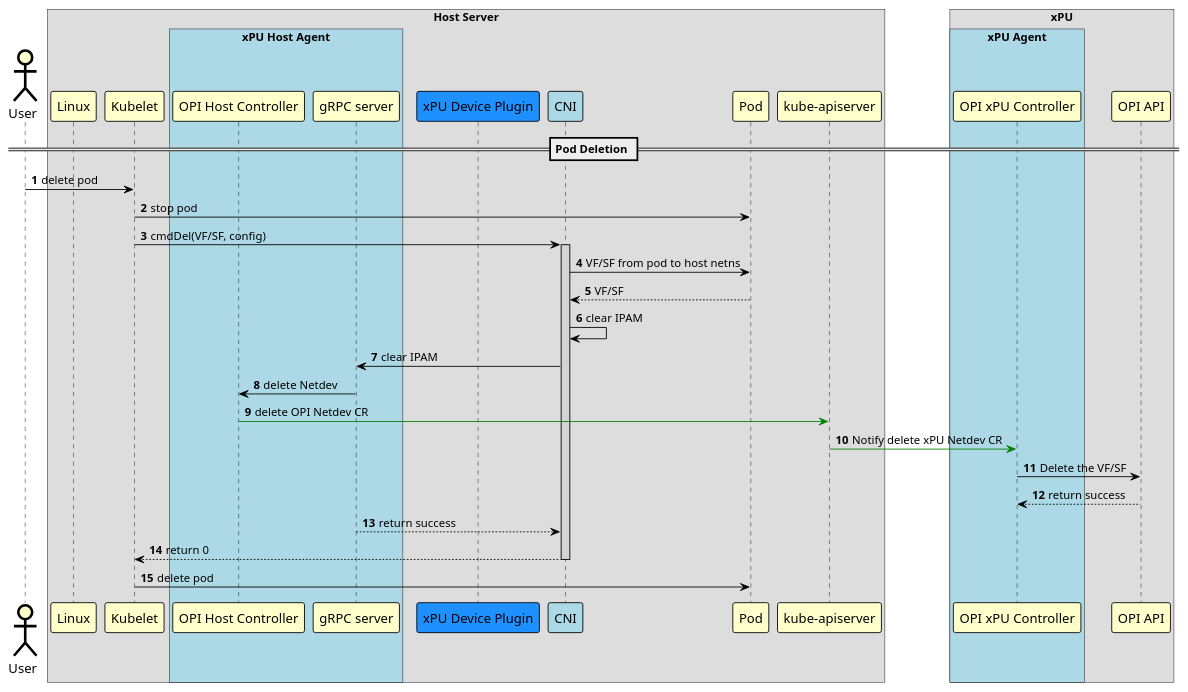
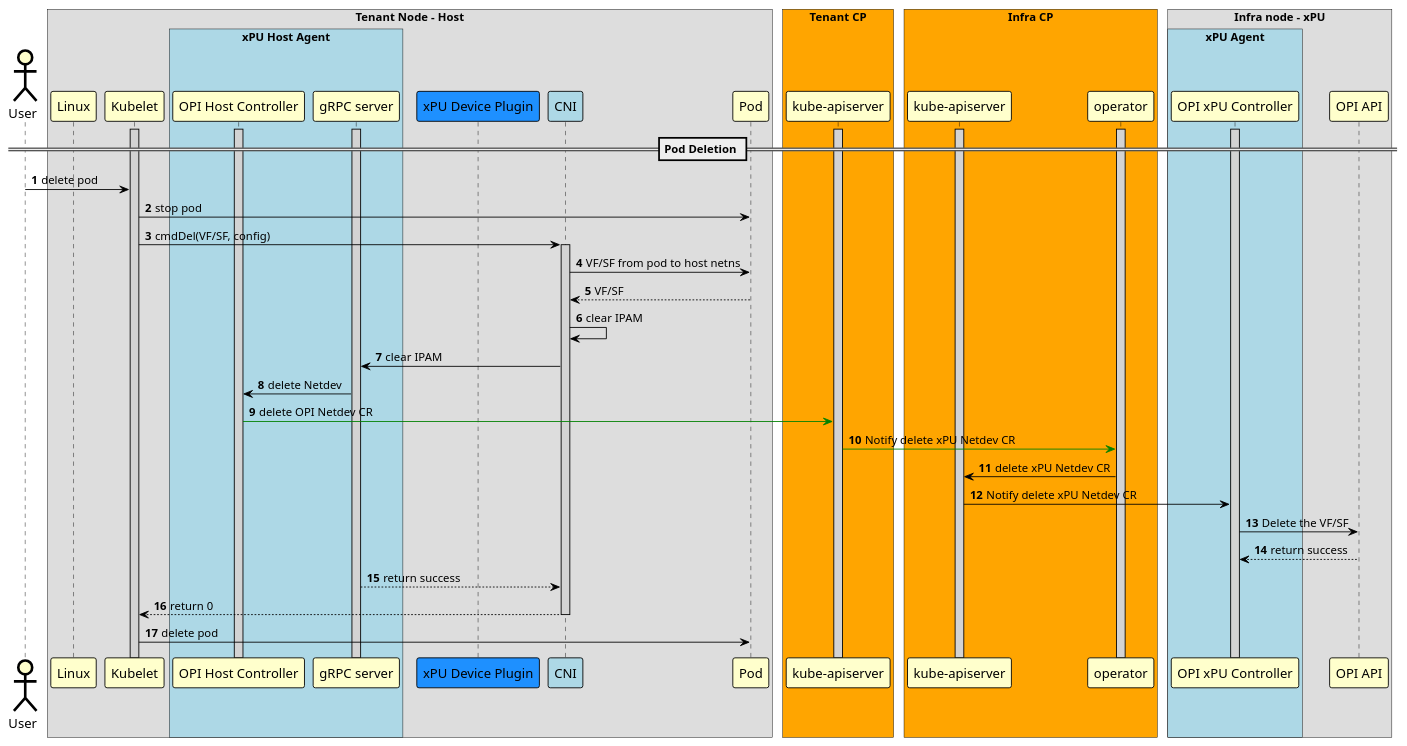
The diagram in sequence-diagrams/puml/host-provisioning-xPU-VF-pod-deletion.puml (redhat-et/ekho), drawn with PlantUML before and after one commit. The commit also changed 5 other files, not shown here.

Commit message:
host provisioning: update the sequence diagrams with operator

```diff
--- a/sequence-diagrams/puml/host-provisioning-xPU-VF-pod-deletion.puml
+++ b/sequence-diagrams/puml/host-provisioning-xPU-VF-pod-deletion.puml
@@ -1,74 +1,92 @@
 @startuml
 !pragma teoz true
 skinparam noteBorderColor Black
 skinparam noteBorderThickness 1
 skinparam noteBackgroundColor Yellow
 
 skinparam sequence {
 	BoxBorderColor Black
 	BoxFontSize 20
 
 	ArrowColor Black
 	ArrowThickness 1
 
 	ActorBorderColor Black
 	ActorBorderThickness 3
 	ActorBackgroundColor Business
 	ActorFontSize 15
 
 	ParticipantBorderColor Black
 	ParticipantBorderThickness 1
 	ParticipantBackgroundColor Business
 	ParticipantFontSize 15
 
 	LifeLineBorderColor Black
 	LifeLineBorderThickness 1
 	LifeLineBackgroundColor LightGray
 }
 
 actor "User"
-box "Host Server"
+box "Tenant Node - Host"
 	participant "Linux"
 	participant "Kubelet"
   box "xPU Host Agent" #LightBlue
          participant "OPI Host Controller"
          participant "gRPC server"
   end box
 	participant "xPU Device Plugin" #dodgerblue
 	participant "CNI" #LightBlue
 	participant "Pod"
-        participant "kube-apiserver"
 end box
 
-box "xPU"
+box "Tenant CP" #Orange
+  participant "kube-apiserver" as api1
+end box
+
+box "Infra CP" #Orange
+  participant "kube-apiserver" as api2
+  participant "operator"
+end box
+
+box "Infra node - xPU"
   box "xPU Agent" #LightBlue
 	participant "OPI xPU Controller"
   end box
   participant "OPI API"
 end box
+
+activate api1
+activate api2
+activate "Kubelet"
+activate "operator"
+activate "gRPC server"
+activate "OPI xPU Controller"
+activate "OPI Host Controller"
 
 == Pod Deletion ==
 autonumber
 
 "User" -> "Kubelet": delete pod
 "Kubelet" -> "Pod" : stop pod
 deactivate "Pod"
 "Kubelet" -> "CNI" : cmdDel(VF/SF, config)
 activate "CNI"
 "CNI" -> "Pod" : VF/SF from pod to host netns
 "Pod" --> "CNI" : VF/SF
 "CNI" -> "CNI" : clear IPAM
 "CNI" -> "gRPC server": clear IPAM
 "gRPC server" -> "OPI Host Controller": delete Netdev
-"OPI Host Controller" -[#green]> "kube-apiserver": delete OPI Netdev CR
-"kube-apiserver" -[#green]> "OPI xPU Controller": Notify delete xPU Netdev CR
+"OPI Host Controller" -[#green]> api1: delete OPI Netdev CR
+api1 -[#green]> "operator": Notify delete xPU Netdev CR
+"operator" -> api2: delete xPU Netdev CR
+api2 -> "OPI xPU Controller": Notify delete xPU Netdev CR
 "OPI xPU Controller"->"OPI API": Delete the VF/SF
 "OPI API" --> "OPI xPU Controller": return success
 "gRPC server" --> "CNI": return success
 "CNI" --> "Kubelet": return 0
 deactivate "CNI"
 
 "Kubelet" -> "Pod" : delete pod
 deactivate "Pod"
 
 @enduml
```
